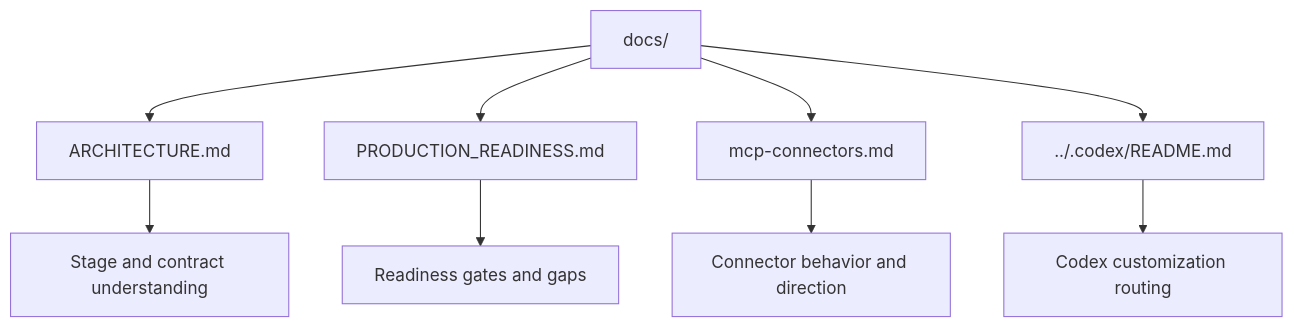
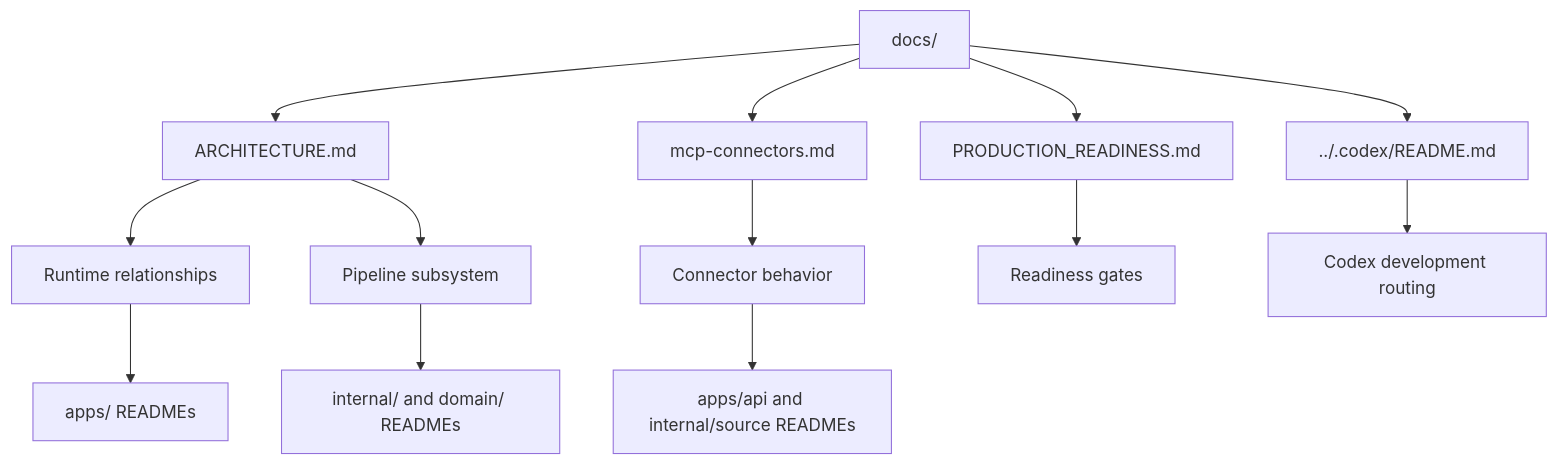
The diagram in docs/README.md (sx-tane/context-os), drawn with Mermaid before and after one commit. The commit also changed other lines of this file and 45 other files, not shown here.

````diff
--- a/docs/README.md
+++ b/docs/README.md
@@ -14,11 +30,17 @@
 ```mermaid
 flowchart TD
-	ROOT[docs/] --> ARCH[ARCHITECTURE.md]
-	ROOT --> PROD[PRODUCTION_READINESS.md]
-	ROOT --> MCP[mcp-connectors.md]
-	ROOT --> CODEX[../.codex/README.md]
-	ARCH --> STAGES[Stage and contract understanding]
-	PROD --> GAPS[Readiness gates and gaps]
-	MCP --> SOURCES[Connector behavior and direction]
-	CODEX --> CUSTOM[Codex customization routing]
+  ROOT[docs/] --> ARCH[ARCHITECTURE.md]
+  ROOT --> PROD[PRODUCTION_READINESS.md]
+  ROOT --> MCP[mcp-connectors.md]
+  ROOT --> CODEX[../.codex/README.md]
+
+  ARCH --> RUNTIME[Runtime relationships]
+  ARCH --> PIPE[Pipeline subsystem]
+  MCP --> SOURCES[Connector behavior]
+  PROD --> GATES[Readiness gates]
+  CODEX --> DEV[Codex development routing]
+
+  RUNTIME --> APPDOCS[apps/ READMEs]
+  PIPE --> INTERNAL[internal/ and domain/ READMEs]
+  SOURCES --> API[apps/api and internal/source READMEs]
 ```
````
